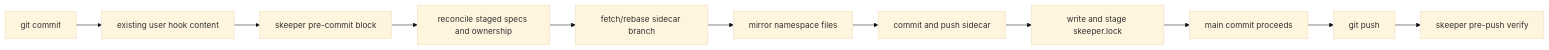
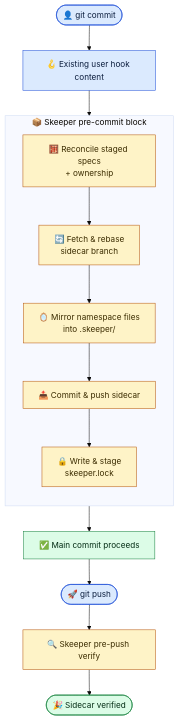
The diagram in README.md (compozy/skeeper), drawn with Mermaid (base theme) before and after one commit. The commit also changed other lines of this file and 6 other files, not shown here.

````diff
--- a/README.md
+++ b/README.md
@@ -61,13 +61,23 @@
 ```mermaid
-flowchart LR
-    A[git commit] --> B[existing user hook content]
-    B --> C[skeeper pre-commit block]
-    C --> D[reconcile staged specs and ownership]
-    D --> E[fetch/rebase sidecar branch]
-    E --> F[mirror namespace files]
-    F --> G[commit and push sidecar]
-    G --> H[write and stage skeeper.lock]
-    H --> I[main commit proceeds]
-    I --> J[git push]
-    J --> K[skeeper pre-push verify]
+flowchart TD
+    Start([👤 git commit]):::user --> UserHook[🪝 Existing user hook content]:::user
+    UserHook --> Block
+
+    subgraph Block [📦 Skeeper pre-commit block]
+        direction TB
+        S1[🧮 Reconcile staged specs<br/>+ ownership] --> S2[🔄 Fetch &amp; rebase<br/>sidecar branch]
+        S2 --> S3[🪞 Mirror namespace files<br/>into .skeeper/]
+        S3 --> S4[📤 Commit &amp; push sidecar]
+        S4 --> S5[🔒 Write &amp; stage<br/>skeeper.lock]
+    end
+
+    Block --> Commit[✅ Main commit proceeds]:::ok
+    Commit --> Push([🚀 git push]):::user
+    Push --> Verify[🔍 Skeeper pre-push verify]:::skeeper
+    Verify --> Done([🎉 Sidecar verified]):::ok
+
+    classDef user fill:#dbeafe,stroke:#1d4ed8,color:#0c1e3e
+    classDef skeeper fill:#fef3c7,stroke:#b45309,color:#3b2c00
+    classDef ok fill:#dcfce7,stroke:#15803d,color:#052e16
+    class S1,S2,S3,S4,S5 skeeper
 ```
````
